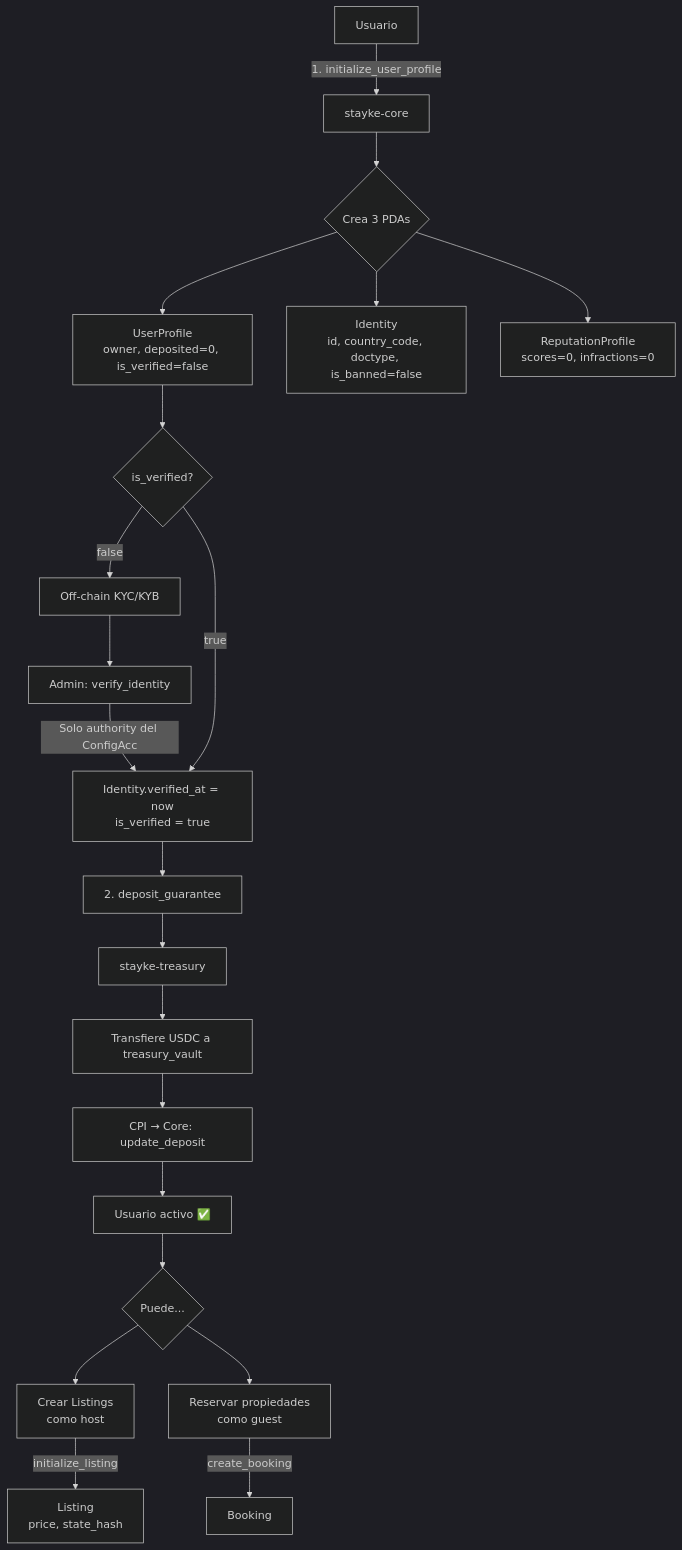
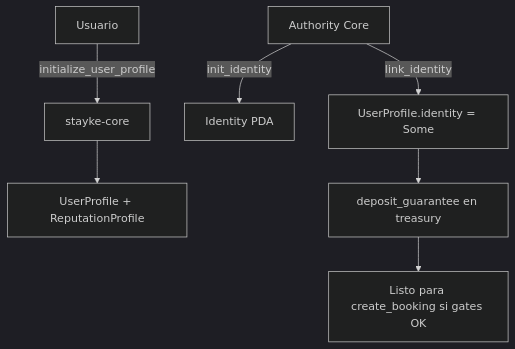
Before and after one commit to GestLabs2-0/stayke-contracts: the sixth of 6 diagrams in docs/stayke-flow-diagram.md, drawn with Mermaid (dark theme). The commit also changed other lines of this file and 9 other files, not shown here.

````diff
--- a/docs/stayke-flow-diagram.md
+++ b/docs/stayke-flow-diagram.md
@@ -260,28 +165,9 @@
 ```mermaid
 flowchart TD
-    U[Usuario] -->|1. initialize_user_profile| CORE[stayke-core]
-    CORE --> C{Crea 3 PDAs}
-    C --> UP[UserProfile<br/>owner, deposited=0, is_verified=false]
-    C --> ID[Identity<br/>id, country_code, doctype, is_banned=false]
-    C --> RP[ReputationProfile<br/>scores=0, infractions=0]
-    
-    UP --> G{is_verified?}
-    G -->|false| H[Off-chain KYC/KYB]
-    H --> AD[Admin: verify_identity]
-    AD -->|Solo authority del ConfigAcc| V[Identity.verified_at = now<br/>is_verified = true]
-    
-    G -->|true| V
-    
-    V --> DEP[2. deposit_guarantee]
-    DEP --> TRE[stayke-treasury]
-    TRE --> TR[Transfiere USDC a treasury_vault]
-    TR --> CPI[CPI → Core: update_deposit]
-    CPI --> ACT[Usuario activo ✅]
-    
-    ACT --> P{Puede...}
-    P --> L[Crear Listings\ncomo host]
-    P --> B[Reservar propiedades\ncomo guest]
-    
-    L -->|initialize_listing| LI[Listing<br/>price, state_hash]
-    B -->|create_booking| BK[Booking]
+    U[Usuario] -->|initialize_user_profile| CORE[stayke-core]
+    CORE --> UP[UserProfile + ReputationProfile]
+    AD[Authority Core] -->|init_identity| ID[Identity PDA]
+    AD -->|link_identity| LINK[UserProfile.identity = Some]
+    LINK --> DEP[deposit_guarantee en treasury]
+    DEP --> READY[Listo para create_booking si gates OK]
 ```
````
